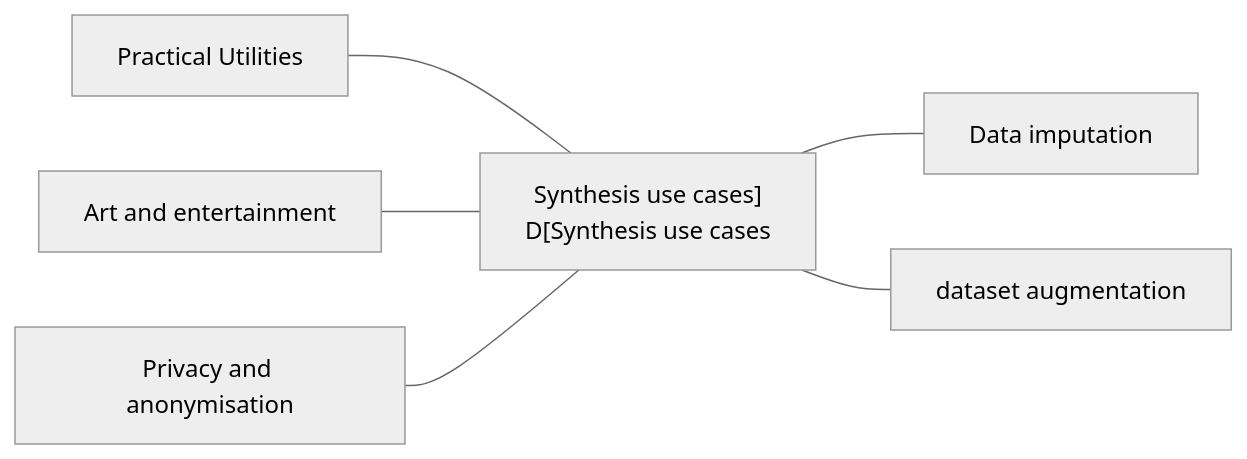
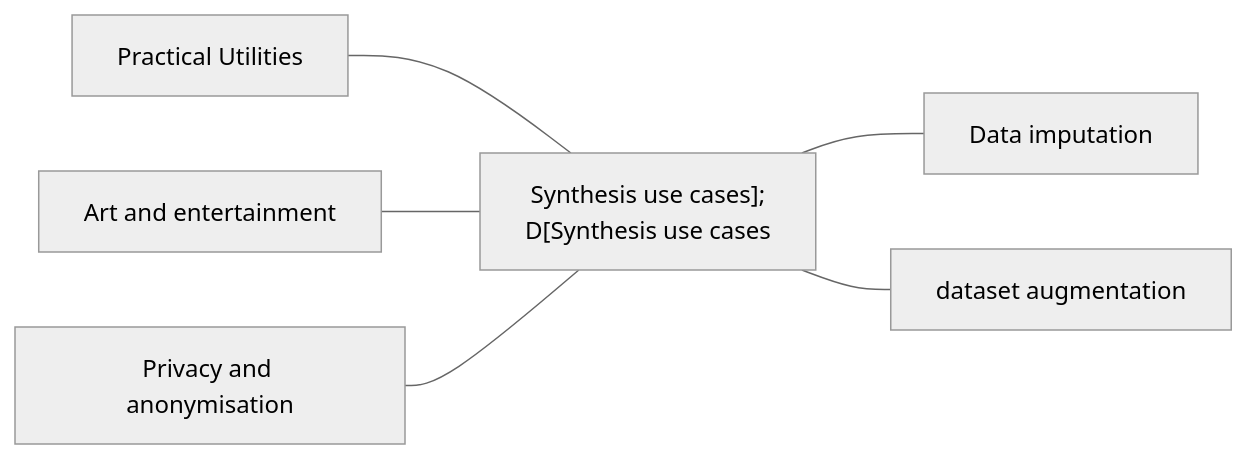
One commit to vicky-liu17/vicky-blogs changed the diagram in Machine_Learning_and_Data_Generation.md. Above: the diagram before and after it, drawn with Mermaid (neutral theme).

````diff
--- a/Machine_Learning_and_Data_Generation.md
+++ b/Machine_Learning_and_Data_Generation.md
@@ -13,5 +13,5 @@
 ```mermaid
 graph LR;
-A[Practical Utilities] & B[Art and entertainment] & C[Privacy and anonymisation]---D["Synthesis use cases]
-D["Synthesis use cases]---E[Data imputation] & F[dataset augmentation]
+A[Practical Utilities] & B[Art and entertainment] & C[Privacy and anonymisation]---D["Synthesis use cases];
+D["Synthesis use cases]---E[Data imputation] & F[dataset augmentation];
 ```
````
